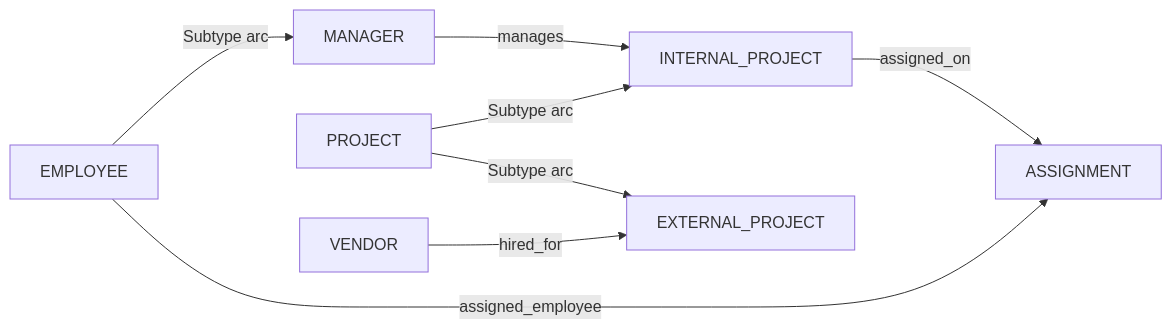
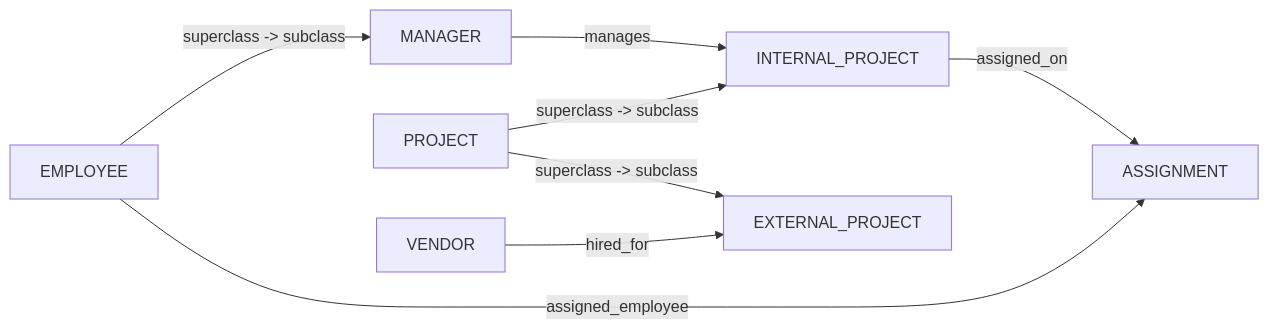
The diagram in Figure1_Validated_DirectedArc.mmd (kiganyamburu/is7032), drawn with Mermaid before and after one commit. The commit also changed 16 other files, not shown here.

```diff
--- a/Figure1_Validated_DirectedArc.mmd
+++ b/Figure1_Validated_DirectedArc.mmd
@@ -1,16 +1,16 @@
 flowchart LR
     EMP["EMPLOYEE"]
     MGR["MANAGER"]
     PRJ["PROJECT"]
     IPRJ["INTERNAL_PROJECT"]
     XPRJ["EXTERNAL_PROJECT"]
     VEN["VENDOR"]
     ASG["ASSIGNMENT"]
 
-    EMP -->|Subtype arc| MGR
-    PRJ -->|Subtype arc| IPRJ
-    PRJ -->|Subtype arc| XPRJ
+    EMP -->|superclass -> subclass| MGR
+    PRJ -->|superclass -> subclass| IPRJ
+    PRJ -->|superclass -> subclass| XPRJ
     MGR -->|manages| IPRJ
     VEN -->|hired_for| XPRJ
     IPRJ -->|assigned_on| ASG
     EMP -->|assigned_employee| ASG
```
